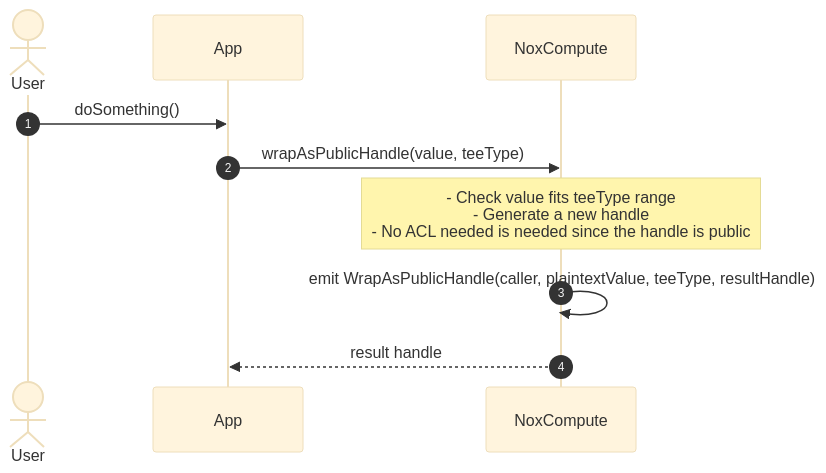
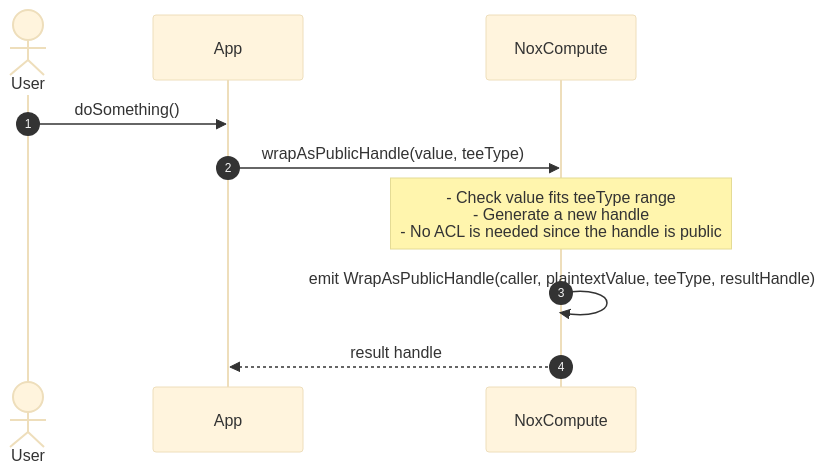
Before and after one commit to iExec-Nox/nox-protocol-contracts: the first of 9 diagrams in docs/README.md, drawn with Mermaid (base theme). The commit also changed other lines of this file and 3 other files, not shown here.

````diff
--- a/docs/README.md
+++ b/docs/README.md
@@ -49,13 +49,13 @@
 ```mermaid
 sequenceDiagram
     autonumber
     actor user as User
     participant app as App
     participant nox as NoxCompute
 
     user->>app: doSomething()
     app->>nox: wrapAsPublicHandle(value, teeType)
-    Note over nox: - Check value fits teeType range <br> - Generate a new handle <br> - No ACL needed is needed since the handle is public
+    Note over nox: - Check value fits teeType range <br> - Generate a new handle <br> - No ACL is needed since the handle is public
     nox->>nox: emit WrapAsPublicHandle(caller, plaintextValue, teeType, resultHandle)
     nox-->>app: result handle
 ```
````
